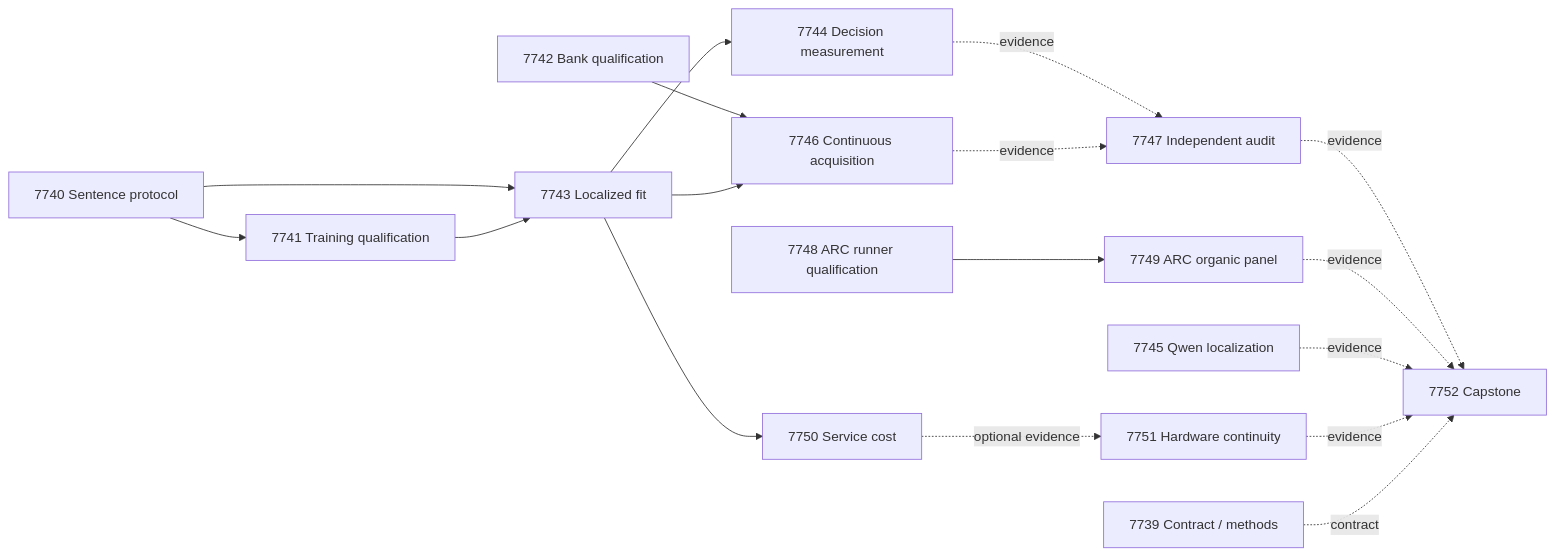
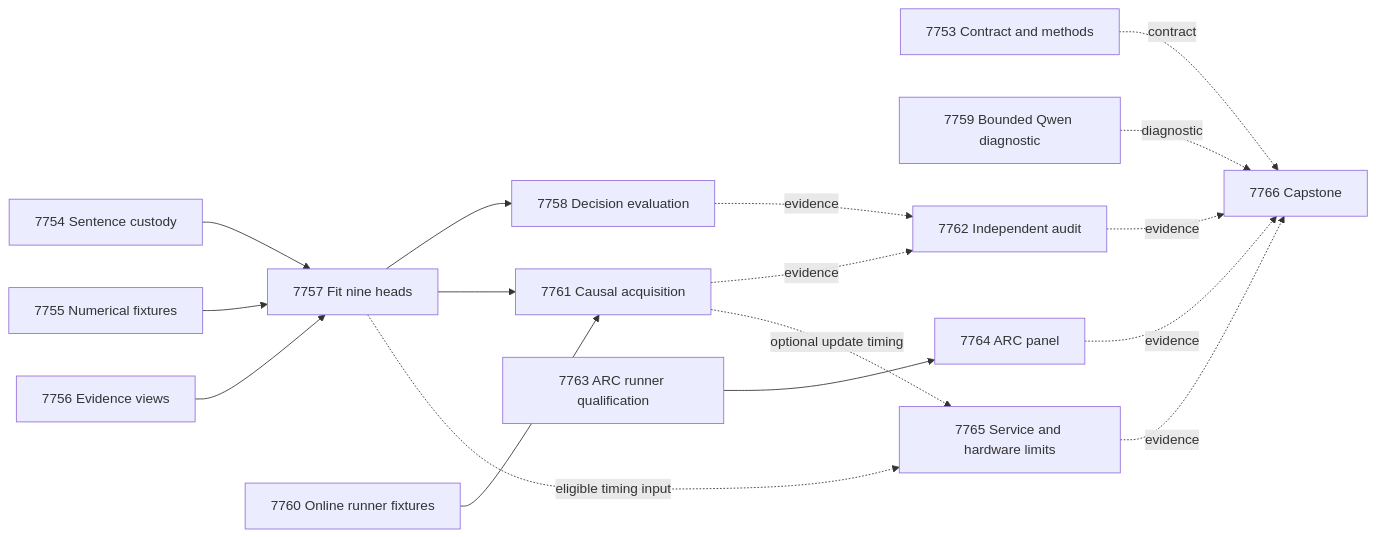
The second of 2 diagrams in openspec/change-proposals/research-roadmap-vNEXT.md (Carnot-EBM/carnot-ebm), drawn with Mermaid before and after one commit. The commit also changed other lines of this file and 16 other files, not shown here.

````diff
--- a/openspec/change-proposals/research-roadmap-vNEXT.md
+++ b/openspec/change-proposals/research-roadmap-vNEXT.md
@@ -208,21 +271,21 @@
 ```mermaid
 flowchart LR
-    E7739[7739 Contract / methods]
-    E7740[7740 Sentence protocol] --> E7741[7741 Training qualification]
-    E7740 --> E7743[7743 Localized fit]
-    E7741 --> E7743
-    E7742[7742 Bank qualification] --> E7746[7746 Continuous acquisition]
-    E7743 --> E7744[7744 Decision measurement]
-    E7743 --> E7746
-    E7743 --> E7750[7750 Service cost]
-    E7745[7745 Qwen localization]
-    E7744 -. evidence .-> E7747[7747 Independent audit]
-    E7746 -. evidence .-> E7747
-    E7748[7748 ARC runner qualification] --> E7749[7749 ARC organic panel]
-    E7750 -. optional evidence .-> E7751[7751 Hardware continuity]
-    E7747 -. evidence .-> E7752[7752 Capstone]
-    E7749 -. evidence .-> E7752
-    E7745 -. evidence .-> E7752
-    E7751 -. evidence .-> E7752
-    E7739 -. contract .-> E7752
+    E7753[7753 Contract and methods]
+    E7754[7754 Sentence custody] --> E7757[7757 Fit nine heads]
+    E7755[7755 Numerical fixtures] --> E7757
+    E7756[7756 Evidence views] --> E7757
+    E7757 --> E7758[7758 Decision evaluation]
+    E7759[7759 Bounded Qwen diagnostic]
+    E7760[7760 Online runner fixtures] --> E7761[7761 Causal acquisition]
+    E7757 --> E7761
+    E7758 -. evidence .-> E7762[7762 Independent audit]
+    E7761 -. evidence .-> E7762
+    E7763[7763 ARC runner qualification] --> E7764[7764 ARC panel]
+    E7757 -. eligible timing input .-> E7765[7765 Service and hardware limits]
+    E7761 -. optional update timing .-> E7765
+    E7753 -. contract .-> E7766[7766 Capstone]
+    E7759 -. diagnostic .-> E7766
+    E7762 -. evidence .-> E7766
+    E7764 -. evidence .-> E7766
+    E7765 -. evidence .-> E7766
 ```
````
